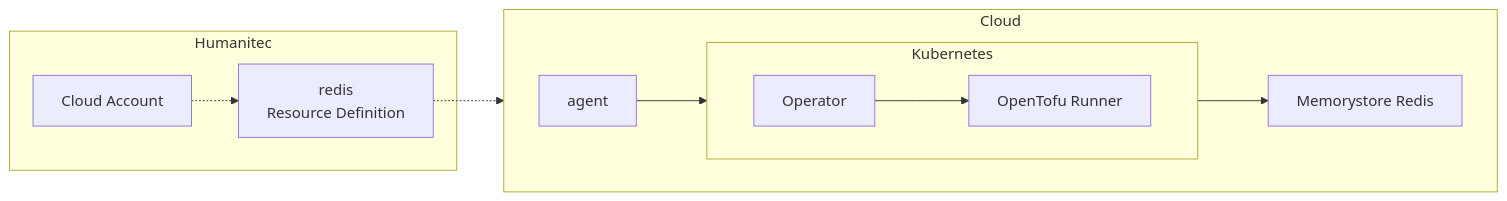
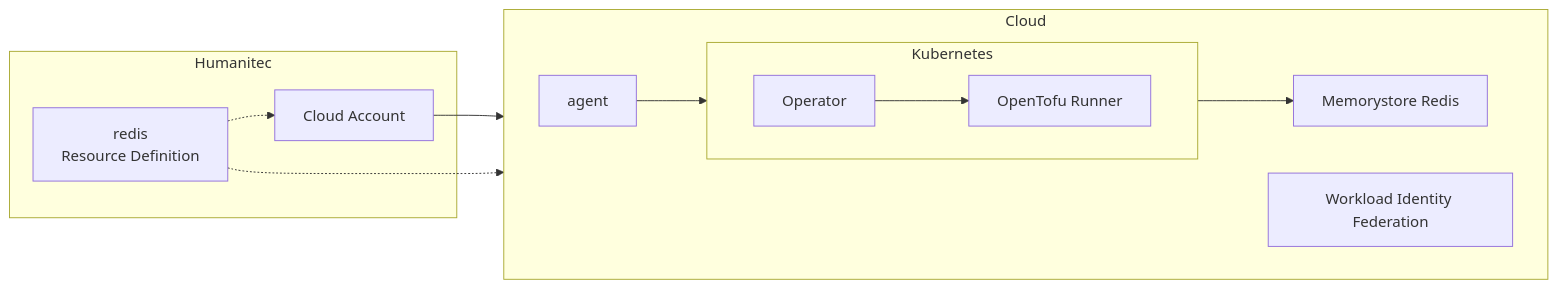
One commit to Humanitec-DemoOrg/humanitec-workshop changed the diagram in opentofu.md. Above: the diagram before and after it, drawn with Mermaid.

Commit message:
update mermaid

````diff
--- a/opentofu.md
+++ b/opentofu.md
@@ -15,17 +15,18 @@
 ```mermaid
 flowchart LR
   direction LR
   subgraph Humanitec
-    cloud-account[Cloud Account]-.->redis-res-def[redis<br/>Resource Definition]
+    redis-res-def[redis<br/>Resource Definition]-.->cloud-account[Cloud Account]
   end
   subgraph Cloud
     direction LR
     agent-instance[agent]
     subgraph Kubernetes
       direction LR
       operator[Operator]-->tf-runner[OpenTofu Runner]
     end
+    cloud-account-->gcp-identity[Workload Identity Federation]
     redis-res-def-.->agent-instance-->operator
     tf-runner-->redis[Memorystore Redis]
   end
 ```
````
